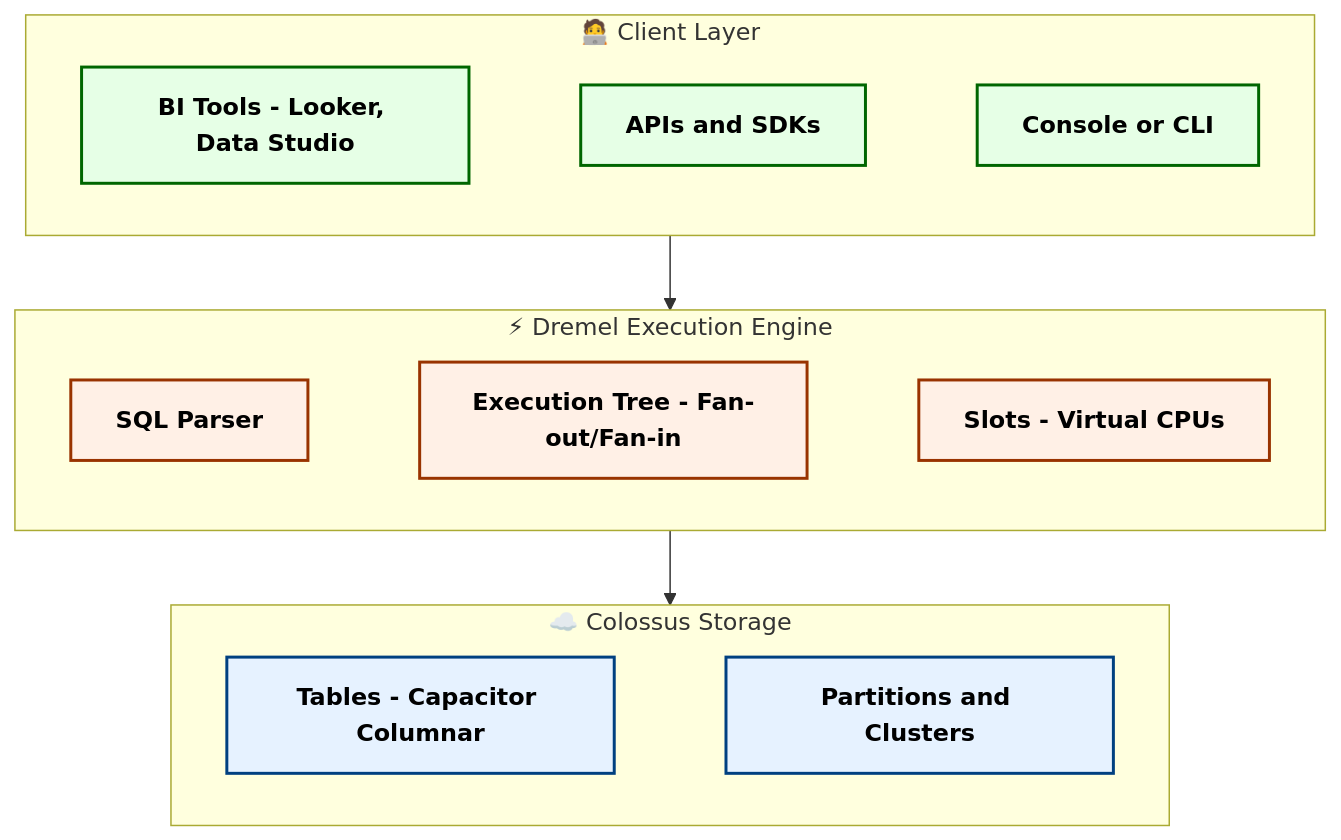
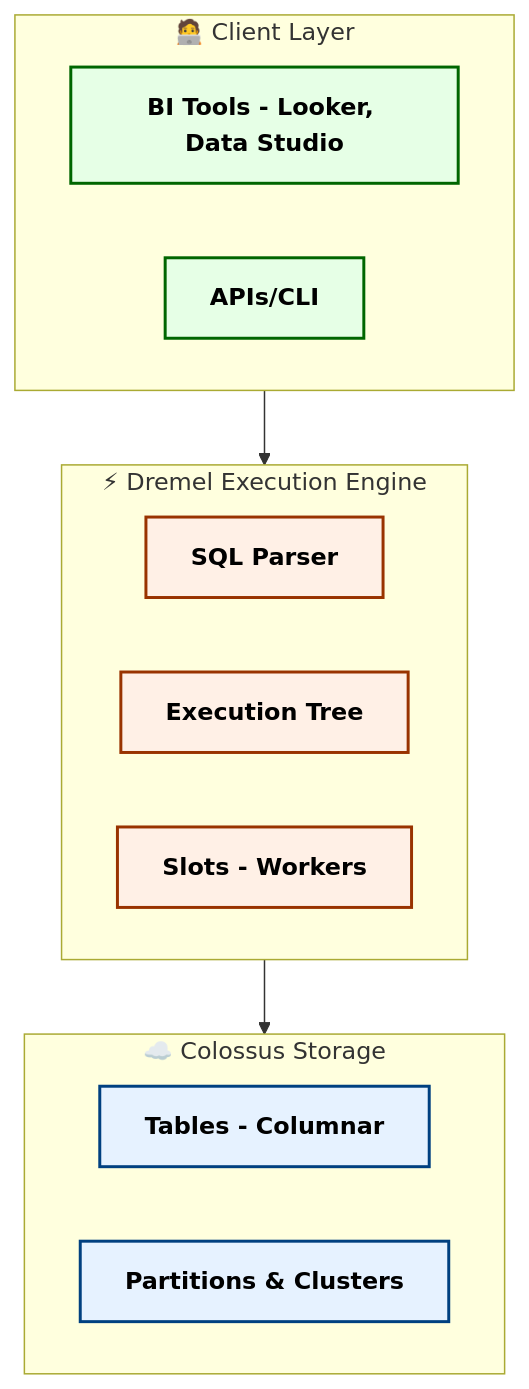
Before and after one commit to blaire101/DE2-AWS-Azure-GCP-2025: the first of 4 diagrams in GCP-interview.md, drawn with Mermaid. The commit also changed other lines of this file, not shown here.

`````diff
--- a/GCP-interview.md
+++ b/GCP-interview.md
@@ -16,44 +20,25 @@
 ```mermaid
 flowchart TD
+    classDef storage fill:#e6f2ff,stroke:#004080,stroke-width:2px,color:#000,font-weight:bold
+    classDef compute fill:#fff0e6,stroke:#993300,stroke-width:2px,color:#000,font-weight:bold
+    classDef client fill:#e6ffe6,stroke:#006600,stroke-width:2px,color:#000,font-weight:bold
 
-%% ===== Styles =====
-classDef storage fill:#e6f2ff,stroke:#004080,stroke-width:2px,color:#000,font-weight:bold
-classDef compute fill:#fff0e6,stroke:#993300,stroke-width:2px,color:#000,font-weight:bold
-classDef client  fill:#e6ffe6,stroke:#006600,stroke-width:2px,color:#000,font-weight:bold
+    subgraph Client["🧑‍💻 Client Layer"]
+        U1["BI Tools - Looker, Data Studio"]:::client
+        U2["APIs/CLI"]:::client
+    end
 
-%% ===== Client Layer: subgraph with nodes forced horizontal via hidden links =====
-subgraph Client["🧑‍💻 Client Layer"]
-U1["BI Tools - Looker, Data Studio"]:::client
-U2["APIs and SDKs"]:::client
-U3["Console or CLI"]:::client
-U1 --- U2
-U2 --- U3
-end
+    subgraph Compute["⚡ Dremel Execution Engine"]
+        Q1["SQL Parser"]:::compute
+        Q2["Execution Tree"]:::compute
+        Q3["Slots - Workers"]:::compute
+    end
 
-%% ===== Compute Layer =====
-subgraph Compute["⚡ Dremel Execution Engine"]
-Q1["SQL Parser"]:::compute
-Q2["Execution Tree - Fan-out/Fan-in"]:::compute
-Q3["Slots - Virtual CPUs"]:::compute
-Q1 --- Q2
-Q2 --- Q3
-end
+    subgraph Storage["☁️ Colossus Storage"]
+        T1["Tables - Columnar"]:::storage
+        P1["Partitions & Clusters"]:::storage
+    end
 
-%% ===== Storage Layer =====
-subgraph Storage["☁️ Colossus Storage"]
-T1["Tables - Capacitor Columnar"]:::storage
-P1["Partitions and Clusters"]:::storage
-T1 --- P1
-end
-
-%% ===== Vertical flow between the three frames =====
-Client --> Compute
-Compute --> Storage
-
-%% ===== Hide the helper horizontal links so only the frames and vertical arrows remain =====
-linkStyle 0 stroke-width:0px,fill:none
-linkStyle 1 stroke-width:0px,fill:none
-linkStyle 2 stroke-width:0px,fill:none
-linkStyle 3 stroke-width:0px,fill:none
-linkStyle 4 stroke-width:0px,fill:none
-```
+    Client --> Compute
+    Compute --> Storage
+````
`````
